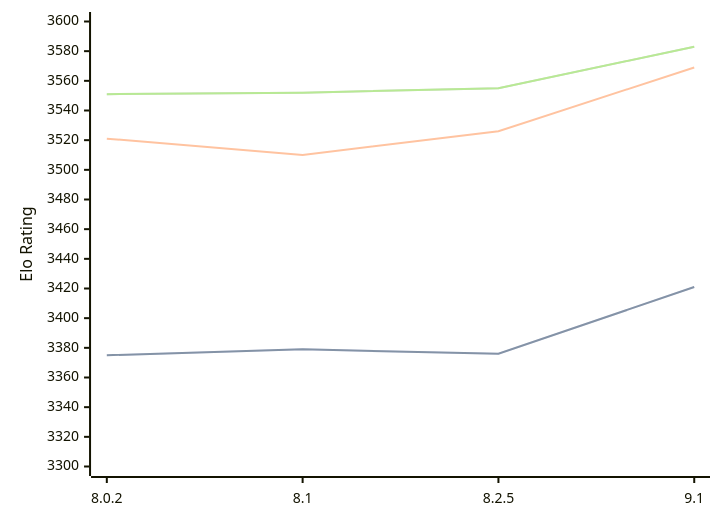
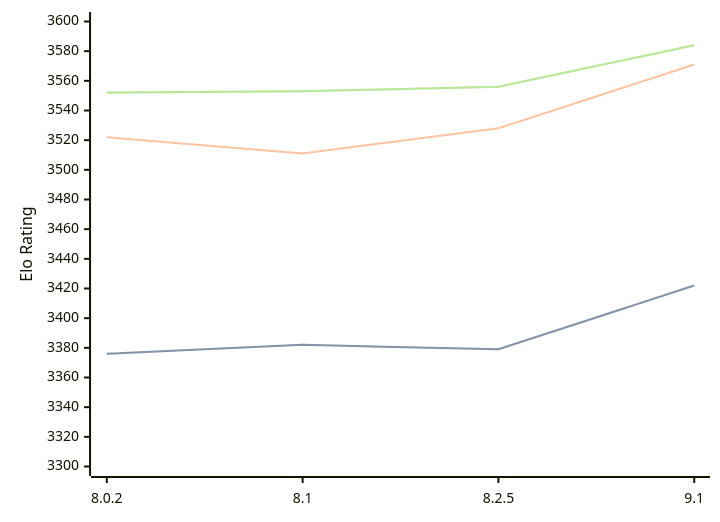
One commit to computer-chess-index/cci changed the diagram in engines/Clover.md. Above: the diagram before and after it, drawn with Mermaid. The commit also changed other lines of this file, not shown here.

Commit message:
Update CCI Ratings (ELO VLTC) - 2026-02-21

````diff
--- a/engines/Clover.md
+++ b/engines/Clover.md
@@ -61,11 +61,11 @@
 ```mermaid
 %%{init: {"theme":"base","themeVariables":{"seriesColors:['#a3a3a3','#222221','#faa371']}}}%%
 xychart-beta
   x-axis ["8.0.2", "8.1", "8.2.5", "9.1"]
   y-axis "Elo Rating" 3300 --> 3600
-  line "STC (8.0+0.08s)" [3375, 3379, 3376, 3421]
-  line "STC (8.0+0.08s)" [3375, 3379, 3376, 3421]
-  line "LTC (60.0+0.60s)" [3521, 3510, 3526, 3569]
-  line "VLTC (2m24s+1.12s)" [3551, 3552, 3555, 3583]
-  line "VLTC (2m24s+1.12s)" [3551, 3552, 3555, 3583]
+  line "STC (8.0+0.08s)" [3376, 3382, 3379, 3422]
+  line "STC (8.0+0.08s)" [3376, 3382, 3379, 3422]
+  line "LTC (60.0+0.60s)" [3522, 3511, 3528, 3571]
+  line "VLTC (2m24s+1.12s)" [3552, 3553, 3556, 3584]
+  line "VLTC (2m24s+1.12s)" [3552, 3553, 3556, 3584]
 ```
````
